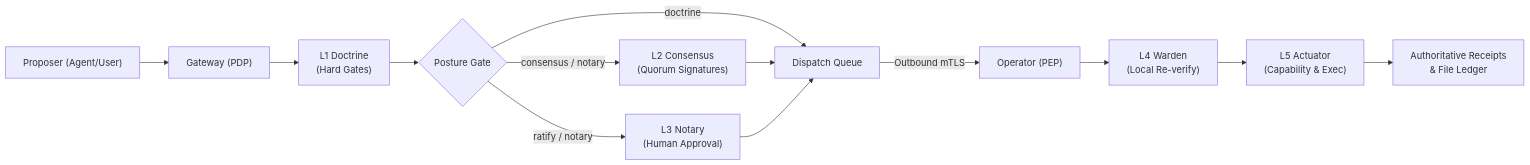
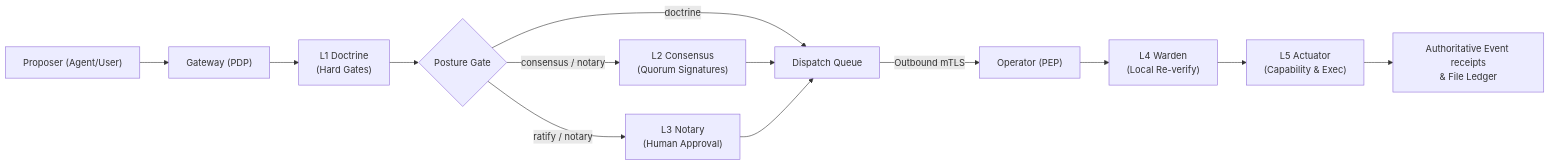
Before and after one commit to zerotrustdata/ztd: the diagram in docs/core/position_paper.md, drawn with Mermaid. The commit also changed other lines of this file and 572 other files, not shown here.

First line of the commit message:
rename receipts to event receipts with no compatibility

````diff
--- a/docs/core/position_paper.md
+++ b/docs/core/position_paper.md
@@ -130,15 +130,15 @@
 ```mermaid
 flowchart LR
     A["Proposer (Agent/User)"] --> B["Gateway (PDP)"]
     B --> C["L1 Doctrine\n(Hard Gates)"]
     C --> D{"Posture Gate"}
     D -->|"consensus / notary"| E["L2 Consensus\n(Quorum Signatures)"]
     D -->|"ratify / notary"| F["L3 Notary\n(Human Approval)"]
     D -->|"doctrine"| G["Dispatch Queue"]
     E --> G
     F --> G
     G -->|"Outbound mTLS"| H["Operator (PEP)"]
     H --> I["L4 Warden\n(Local Re-verify)"]
     I --> J["L5 Actuator\n(Capability & Exec)"]
-    J --> K["Authoritative Receipts\n& File Ledger"]
+    J --> K["Authoritative Event receipts\n& File Ledger"]
 ```
````
